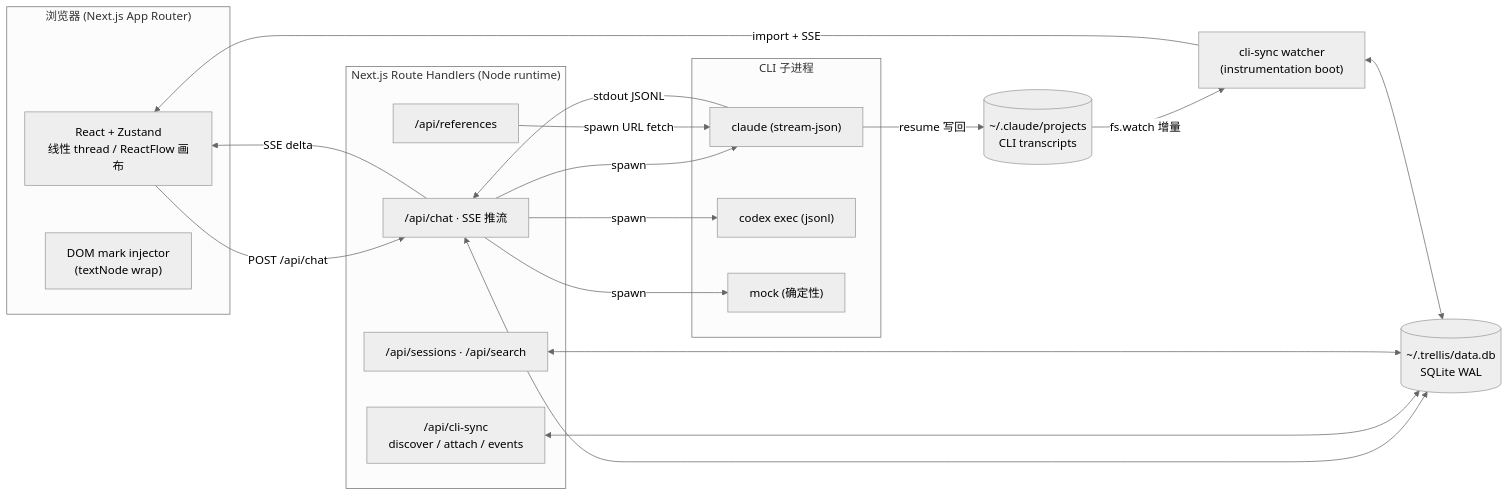
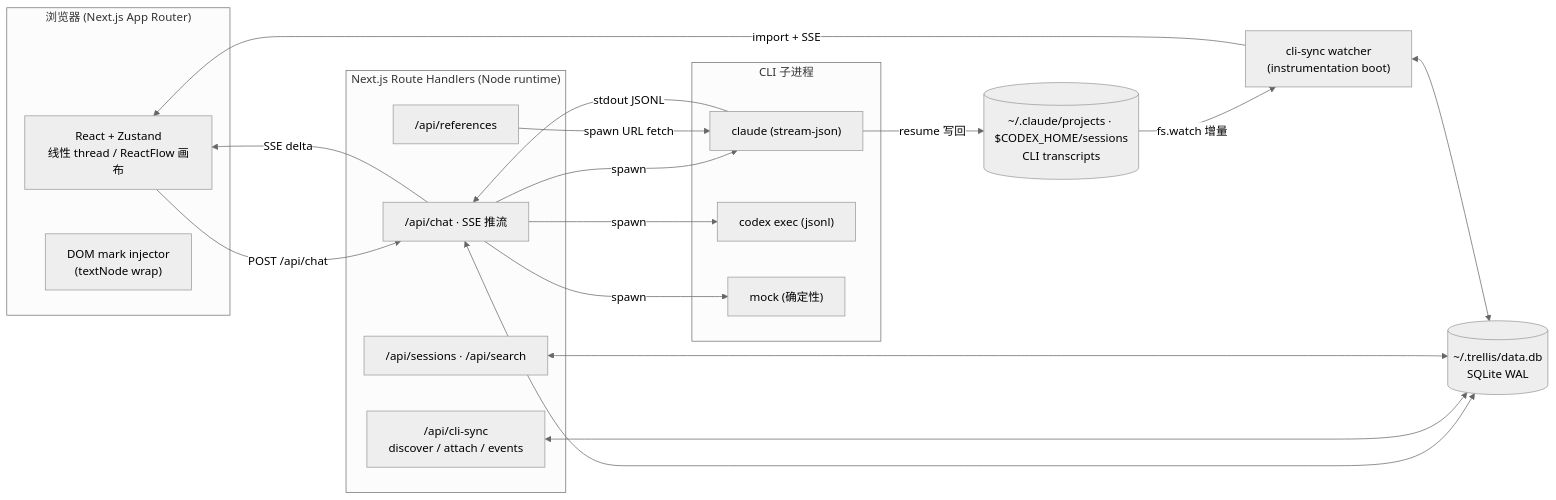
One commit to SmokingMouse/trellis changed the diagram in README.md. Above: the diagram before and after it, drawn with Mermaid (neutral theme). The commit also changed other lines of this file and 42 other files, not shown here.

````diff
--- a/README.md
+++ b/README.md
@@ -352,41 +353,41 @@
 ```mermaid
 flowchart LR
     subgraph 浏览器["浏览器 (Next.js App Router)"]
         UI["React + Zustand<br/>线性 thread / ReactFlow 画布"]
         DOM["DOM mark injector<br/>(textNode wrap)"]
     end
 
     subgraph 服务端["Next.js Route Handlers (Node runtime)"]
         Chat["/api/chat · SSE 推流"]
         Refs["/api/references"]
         Sync["/api/cli-sync<br/>discover / attach / events"]
         Sess["/api/sessions · /api/search"]
     end
 
     subgraph CLI["CLI 子进程"]
         Claude["claude (stream-json)"]
         Codex["codex exec (jsonl)"]
         Mock["mock (确定性)"]
     end
 
     DB[("~/.trellis/data.db<br/>SQLite WAL")]
-    JSONL[("~/.claude/projects<br/>CLI transcripts")]
+    JSONL[("~/.claude/projects · $CODEX_HOME/sessions<br/>CLI transcripts")]
 
     UI -- "POST /api/chat" --> Chat
     Chat -- "SSE delta" --> UI
     Chat -- "spawn" --> Claude
     Chat -- "spawn" --> Codex
     Chat -- "spawn" --> Mock
     Claude -- "stdout JSONL" --> Chat
     Refs -- "spawn URL fetch" --> Claude
 
     Watcher["cli-sync watcher<br/>(instrumentation boot)"]
     JSONL -- "fs.watch 增量" --> Watcher
     Watcher -- "import + SSE" --> UI
     Claude -- "resume 写回" --> JSONL
 
     Chat <--> DB
     Sync <--> DB
     Sess <--> DB
     Watcher <--> DB
 ```
````
